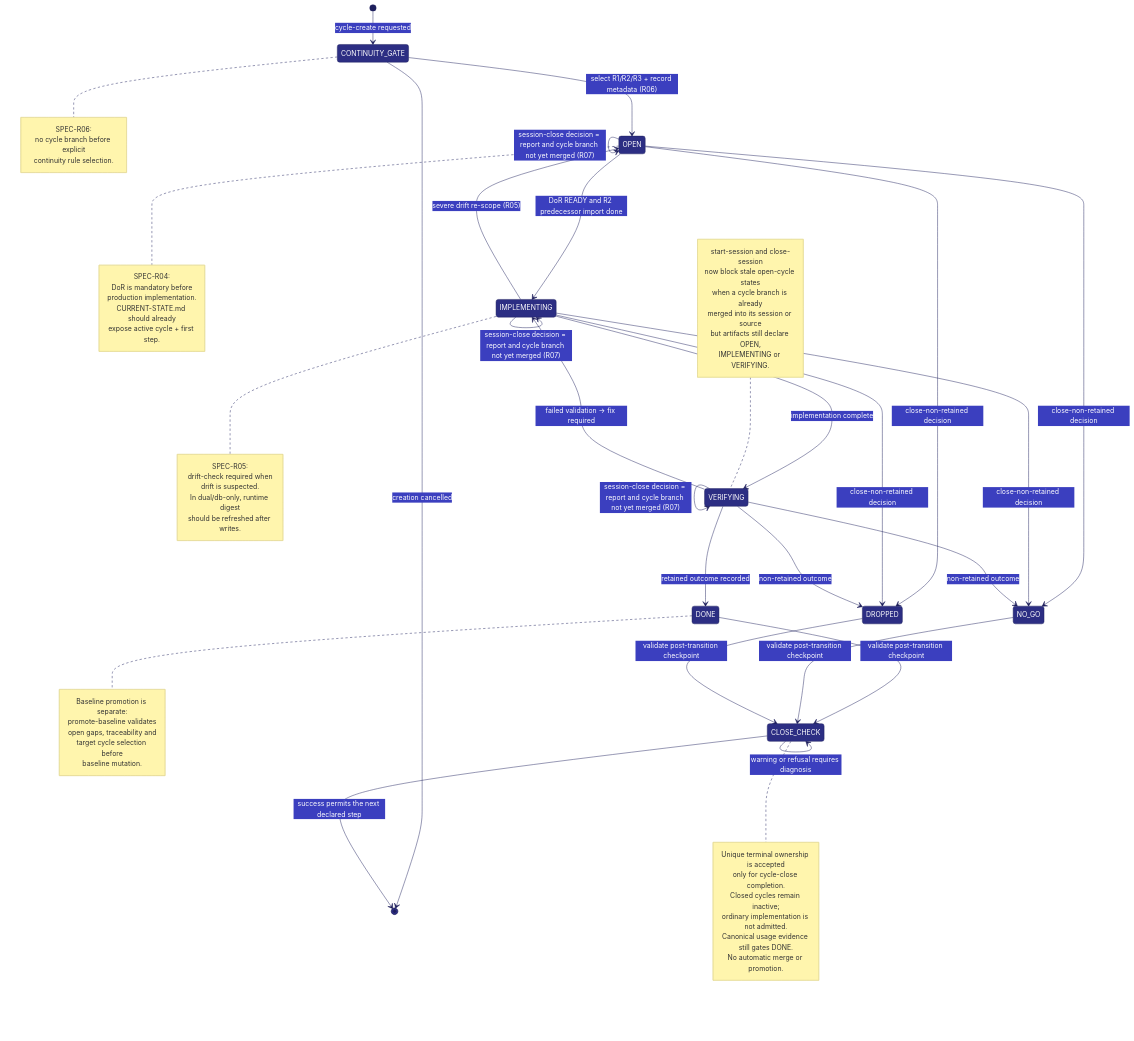
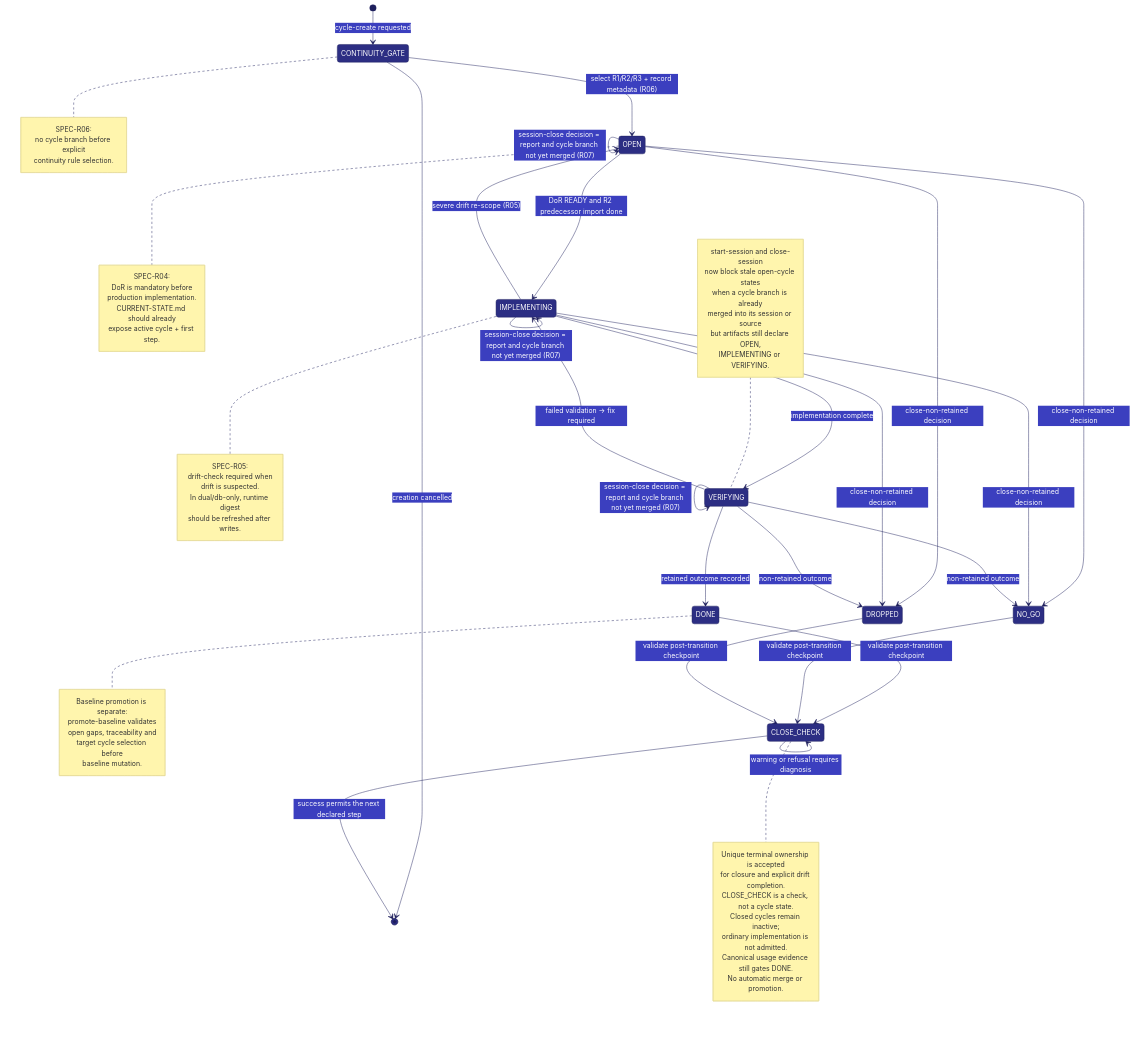
The diagram in docs/diagrams/02-cycle-state-machine.md (leuzeus/aidn), drawn with Mermaid before and after one commit. The commit also changed 18 other files, not shown here.

Commit message:
fix(runtime): complete drift checks after terminal cycle closure

```diff
--- a/docs/diagrams/02-cycle-state-machine.md
+++ b/docs/diagrams/02-cycle-state-machine.md
@@ -51,7 +51,8 @@
 
   note right of CLOSE_CHECK
     Unique terminal ownership is accepted
-    only for cycle-close completion.
+    for closure and explicit drift completion.
+    CLOSE_CHECK is a check, not a cycle state.
     Closed cycles remain inactive;
     ordinary implementation is not admitted.
     Canonical usage evidence still gates DONE.
```
